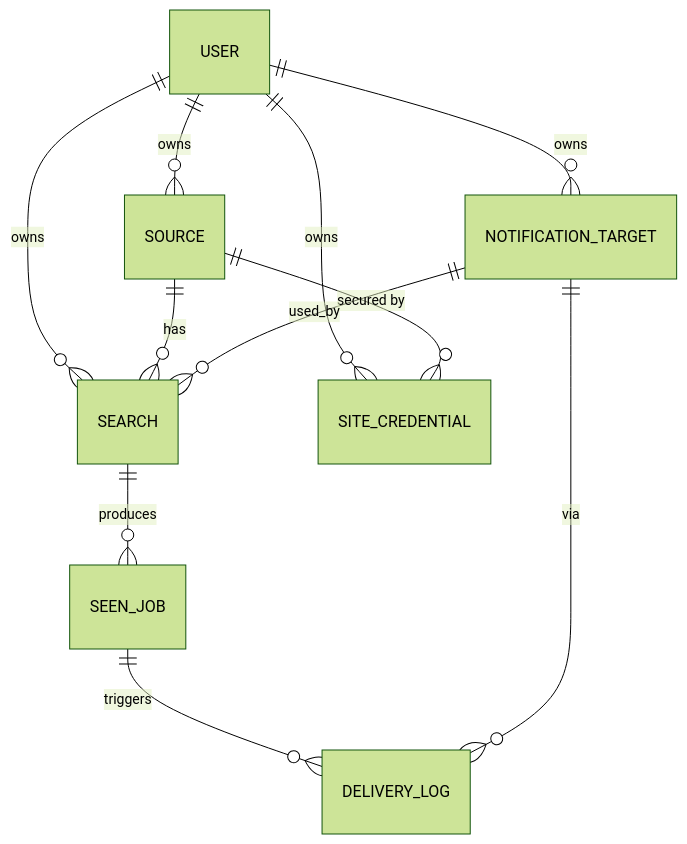
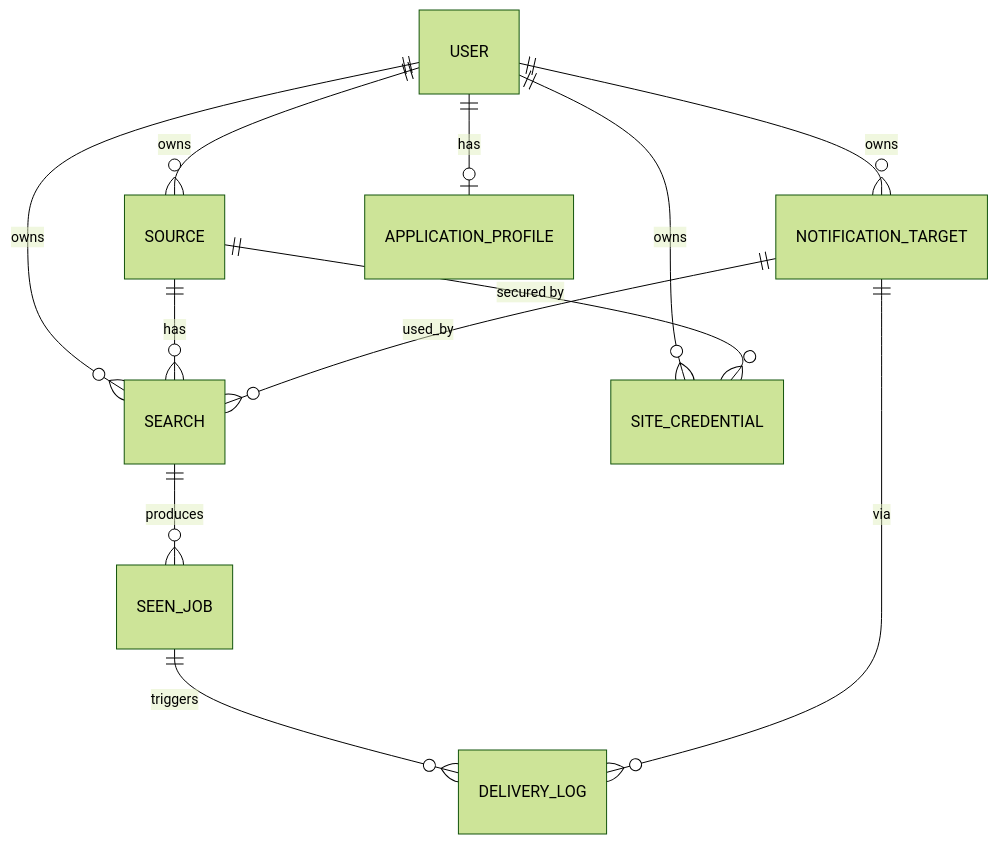
The diagram in docs/modules/data-model.md (davidcristian/HeadStart), drawn with Mermaid (forest theme) before and after one commit. The commit also changed other lines of this file and 24 other files, not shown here.

First line of the commit message:
feat: encrypted application profile for auto-apply

````diff
--- a/docs/modules/data-model.md
+++ b/docs/modules/data-model.md
@@ -9,13 +9,14 @@
 ```mermaid
 erDiagram
   USER ||--o{ SOURCE : owns
   USER ||--o{ SEARCH : owns
   USER ||--o{ NOTIFICATION_TARGET : owns
   USER ||--o{ SITE_CREDENTIAL : owns
+  USER ||--o| APPLICATION_PROFILE : has
   SOURCE ||--o{ SEARCH : has
   SOURCE ||--o{ SITE_CREDENTIAL : "secured by"
   NOTIFICATION_TARGET ||--o{ SEARCH : used_by
   SEARCH ||--o{ SEEN_JOB : produces
   SEEN_JOB ||--o{ DELIVERY_LOG : triggers
   NOTIFICATION_TARGET ||--o{ DELIVERY_LOG : via
 ```
````
